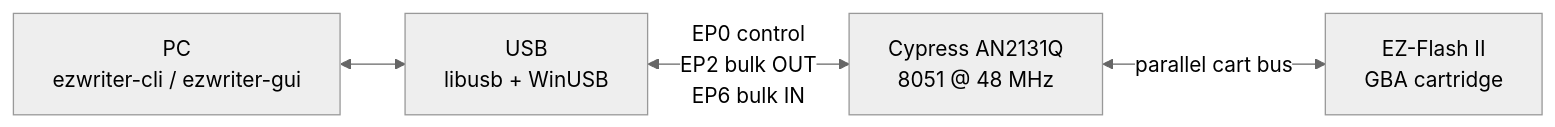
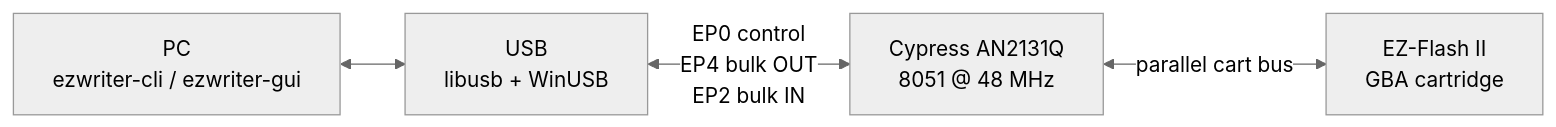
One commit to YoshKoz/ez-flash-ii-usb-flasher changed the first of 2 diagrams in README.md. Above: the diagram before and after it, drawn with Mermaid (neutral theme). The commit also changed other lines of this file and 2 other files, not shown here.

Commit message:
fix: dead link, wrong endpoint labels, stale checklist items
- Replace dead Infineon FX2LP URL with correct AN2131 TRM PDF
  (AN2131 is first-gen EZ-USB, not FX2LP; link was also 404)
- Fix Mermaid diagram: EP2 OUT/EP6 IN → EP4 OUT/EP2 IN
  (confirmed by USB probing per protocol_notes)
- Reset pre-flight checklist in SAFETY.md: remove personal session
  data and uncheck device/cartridge detection items for public use

````diff
--- a/README.md
+++ b/README.md
@@ -131,11 +131,11 @@
 ```mermaid
 flowchart LR
     PC["PC<br/>ezwriter-cli / ezwriter-gui"]
     USB["USB<br/>libusb + WinUSB"]
     MCU["Cypress AN2131Q<br/>8051 @ 48 MHz"]
     CART["EZ-Flash II<br/>GBA cartridge"]
 
     PC <--> USB
-    USB <-->|"EP0 control<br/>EP2 bulk OUT<br/>EP6 bulk IN"| MCU
+    USB <-->|"EP0 control<br/>EP4 bulk OUT<br/>EP2 bulk IN"| MCU
     MCU <-->|"parallel cart bus"| CART
 ```
````
